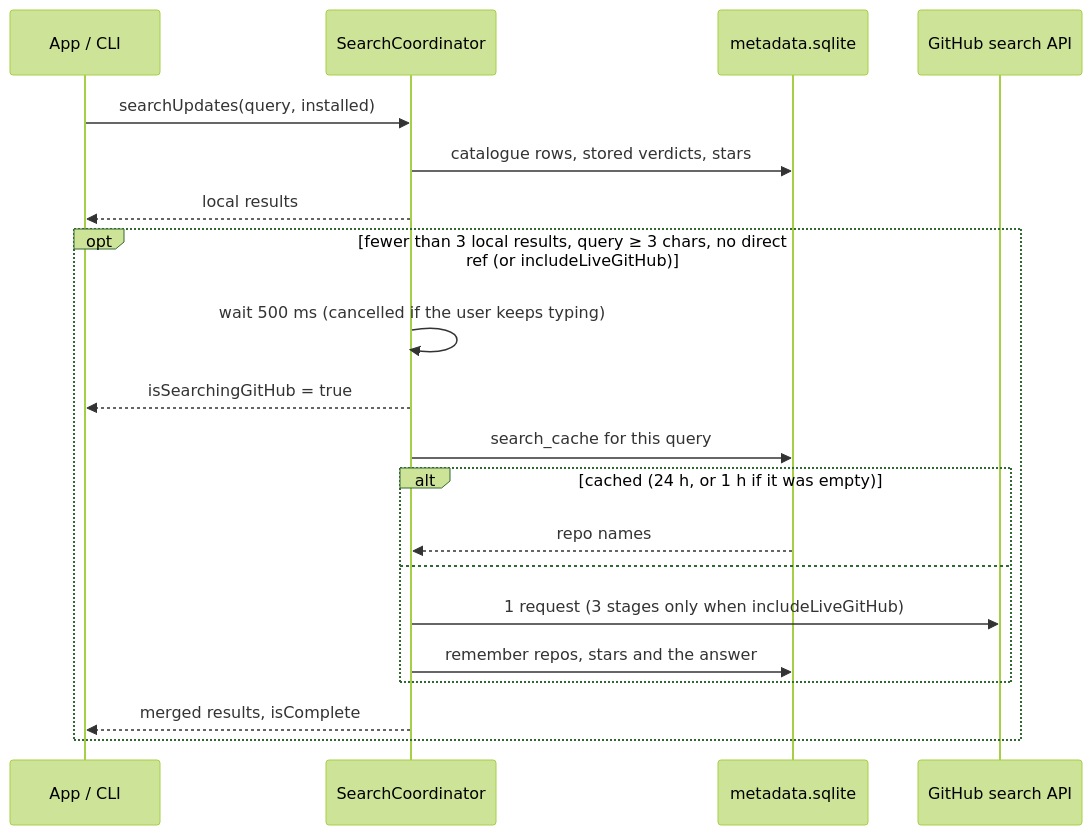
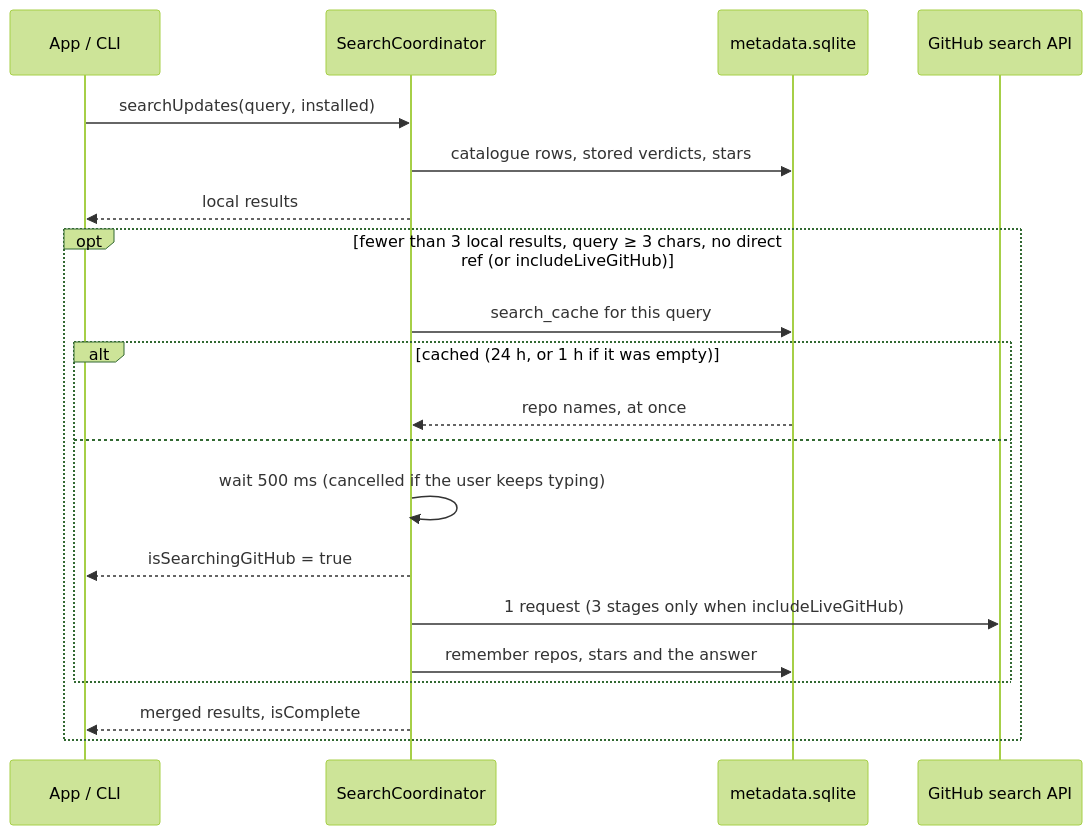
Before and after one commit to miotke/reload: the diagram in docs/features/search.md, drawn with Mermaid (forest theme). The commit also changed 9 other files, not shown here.

````diff
--- a/docs/features/search.md
+++ b/docs/features/search.md
@@ -20,22 +20,22 @@
 ```mermaid
 sequenceDiagram
     participant UI as App / CLI
     participant SC as SearchCoordinator
     participant DB as metadata.sqlite
     participant GH as GitHub search API
     UI->>SC: searchUpdates(query, installed)
     SC->>DB: catalogue rows, stored verdicts, stars
     SC-->>UI: local results
     opt fewer than 3 local results, query ≥ 3 chars, no direct ref (or includeLiveGitHub)
-        SC->>SC: wait 500 ms (cancelled if the user keeps typing)
-        SC-->>UI: isSearchingGitHub = true
         SC->>DB: search_cache for this query
         alt cached (24 h, or 1 h if it was empty)
-            DB-->>SC: repo names
+            DB-->>SC: repo names, at once
         else
+            SC->>SC: wait 500 ms (cancelled if the user keeps typing)
+            SC-->>UI: isSearchingGitHub = true
             SC->>GH: 1 request (3 stages only when includeLiveGitHub)
             SC->>DB: remember repos, stars and the answer
         end
         SC-->>UI: merged results, isComplete
     end
 ```
````
